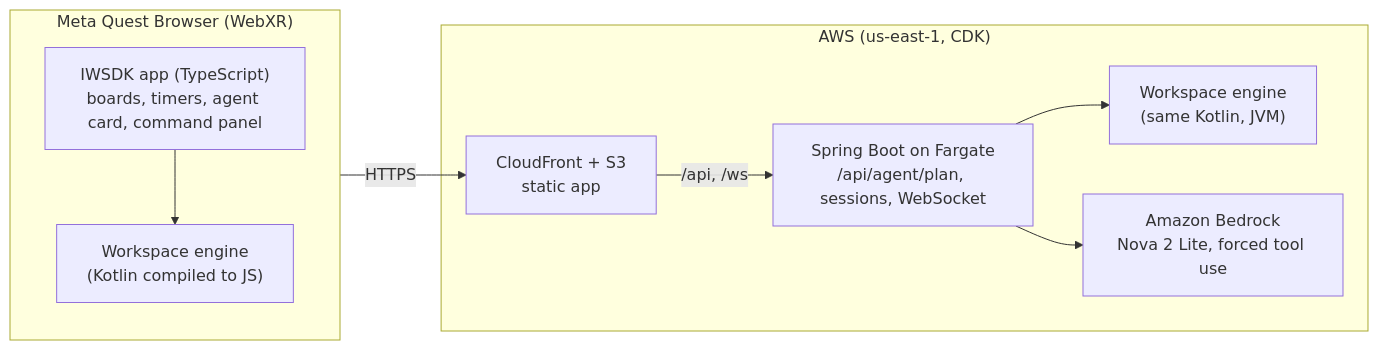
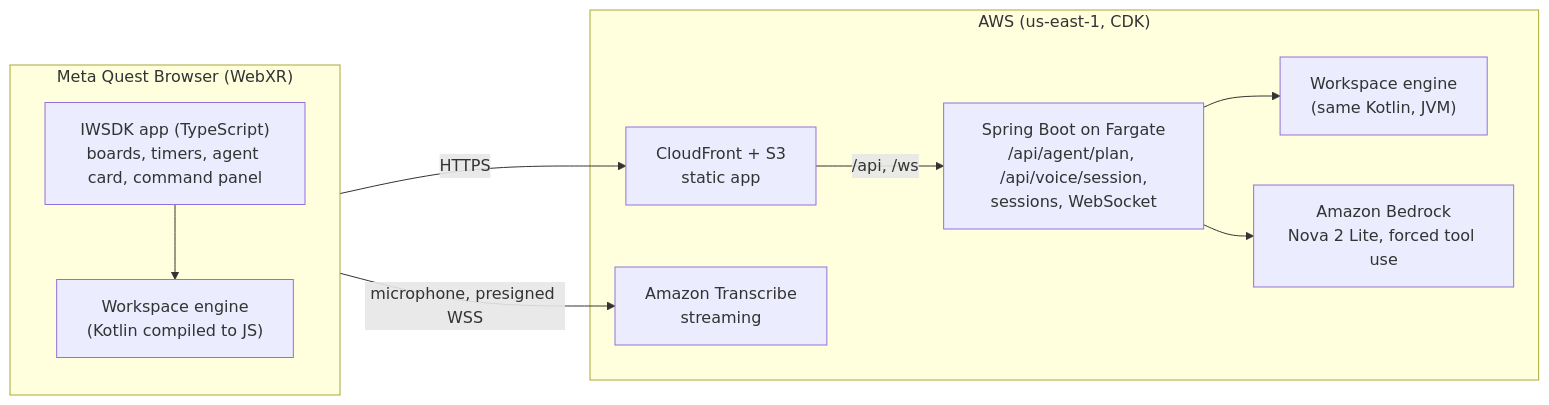
Before and after one commit to tapaderuza/spatialdesk: the diagram in README.md, drawn with Mermaid. The commit also changed other lines of this file and 9 other files, not shown here.

````diff
--- a/README.md
+++ b/README.md
@@ -40,18 +47,20 @@
 ```mermaid
 flowchart LR
   subgraph Quest["Meta Quest Browser (WebXR)"]
     App["IWSDK app (TypeScript)<br/>boards, timers, agent card, command panel"]
     Engine1["Workspace engine<br/>(Kotlin compiled to JS)"]
     App --> Engine1
   end
   subgraph AWS["AWS (us-east-1, CDK)"]
     CF["CloudFront + S3<br/>static app"]
-    API["Spring Boot on Fargate<br/>/api/agent/plan, sessions, WebSocket"]
+    API["Spring Boot on Fargate<br/>/api/agent/plan, /api/voice/session,<br/>sessions, WebSocket"]
     Engine2["Workspace engine<br/>(same Kotlin, JVM)"]
     Bedrock["Amazon Bedrock<br/>Nova 2 Lite, forced tool use"]
+    Transcribe["Amazon Transcribe<br/>streaming"]
     API --> Engine2
     API --> Bedrock
   end
   Quest -- HTTPS --> CF
   CF -- "/api, /ws" --> API
+  Quest -- "microphone, presigned WSS" --> Transcribe
 ```
````
